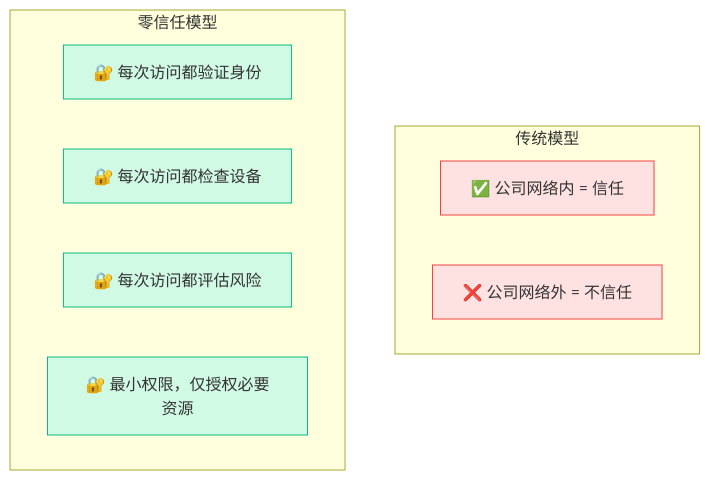
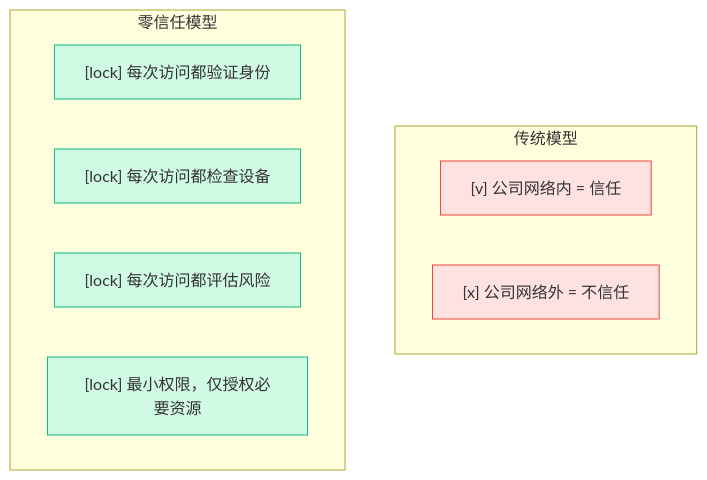
One commit to SKT-Shurima/NetworkMastery changed the third of 3 diagrams in docs/guide/attacks/security-arch.md. Above: the diagram before and after it, drawn with Mermaid. The commit also changed other lines of this file and 54 other files, not shown here.

````diff
--- a/docs/guide/attacks/security-arch.md
+++ b/docs/guide/attacks/security-arch.md
@@ -92,21 +92,21 @@
 ```mermaid
 graph TB
     subgraph "传统模型"
-        T1["✅ 公司网络内 = 信任"]
-        T2["❌ 公司网络外 = 不信任"]
+        T1["[v] 公司网络内 = 信任"]
+        T2["[x] 公司网络外 = 不信任"]
     end
     
     subgraph "零信任模型"
-        Z1["🔐 每次访问都验证身份"]
-        Z2["🔐 每次访问都检查设备"]
-        Z3["🔐 每次访问都评估风险"]
-        Z4["🔐 最小权限，仅授权必要资源"]
+        Z1["[lock] 每次访问都验证身份"]
+        Z2["[lock] 每次访问都检查设备"]
+        Z3["[lock] 每次访问都评估风险"]
+        Z4["[lock] 最小权限，仅授权必要资源"]
     end
     
     style T1 fill:#fee2e2,stroke:#ef4444
     style T2 fill:#fee2e2,stroke:#ef4444
     style Z1 fill:#d1fae5,stroke:#10b981
     style Z2 fill:#d1fae5,stroke:#10b981
     style Z3 fill:#d1fae5,stroke:#10b981
     style Z4 fill:#d1fae5,stroke:#10b981
 ```
````
